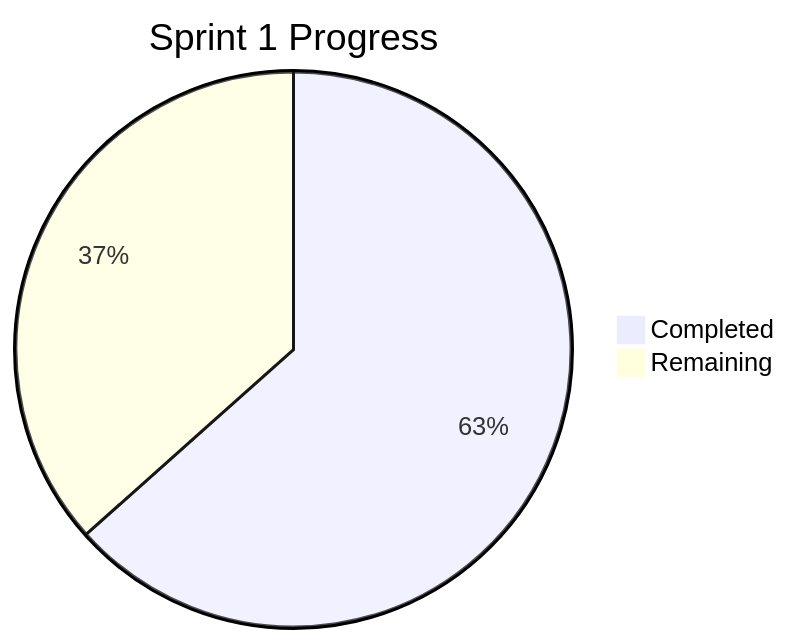
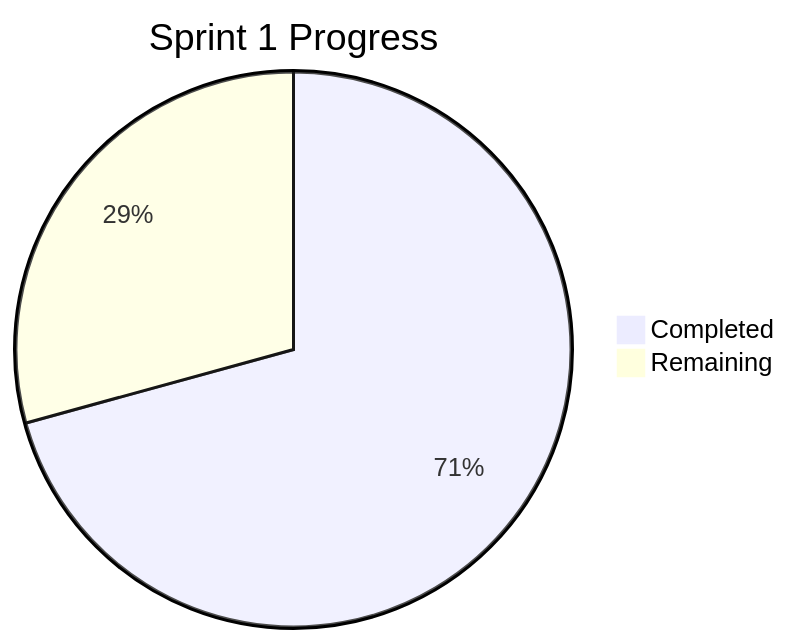
One commit to nerdpudding/pptx_poc changed the diagram in Sprint1/DAILY_LOG.md. Above: the diagram before and after it, drawn with Mermaid. The commit also changed other lines of this file and 9 other files, not shown here.

````diff
--- a/Sprint1/DAILY_LOG.md
+++ b/Sprint1/DAILY_LOG.md
@@ -31,5 +31,5 @@
 ```mermaid
 pie title Sprint 1 Progress
-    "Completed" : 52
-    "Remaining" : 30
+    "Completed" : 58
+    "Remaining" : 24
 ```
````
